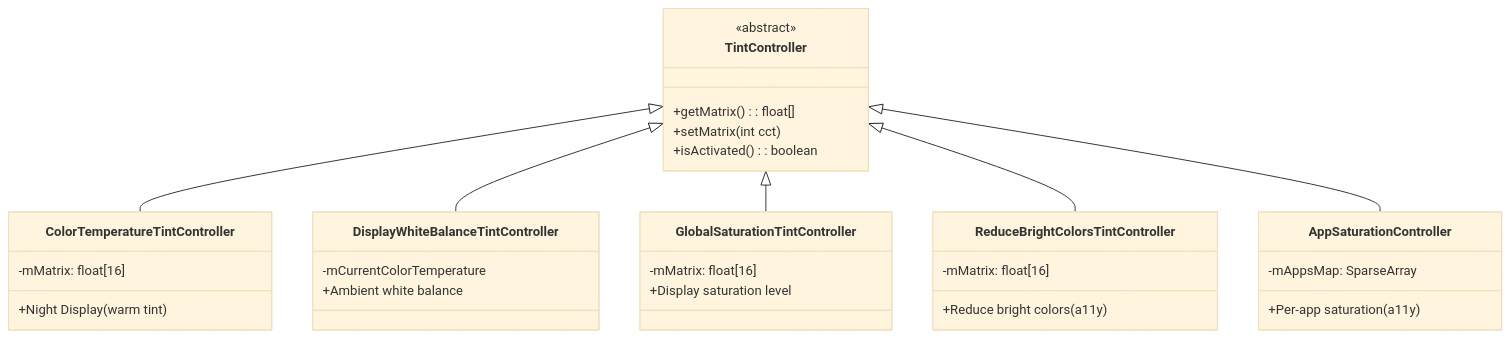
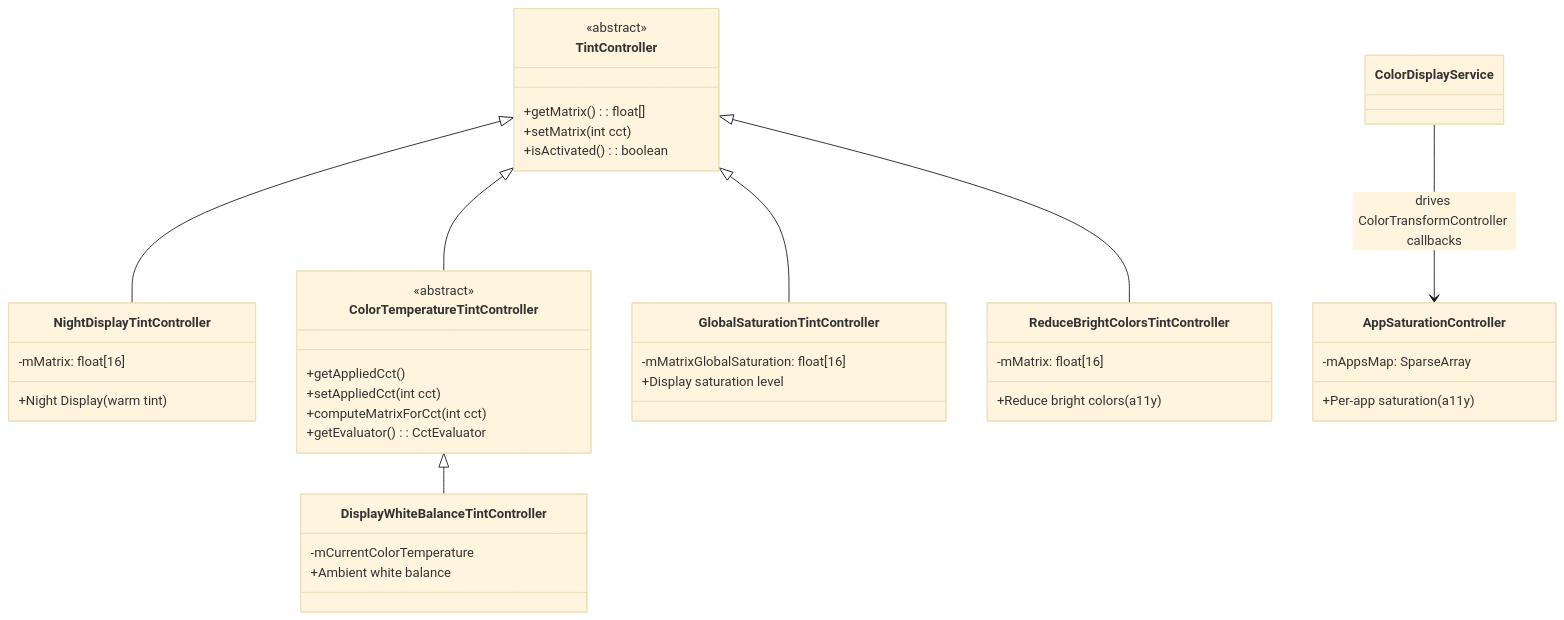
Diagram 33 of 43 in agents/claude/skills/aosp-framework-core/24-display-system.md (aospbooks/aosp-internal-book), drawn with Mermaid (base theme) before and after one commit. The commit also changed other lines of this file and 218 other files, not shown here.

````diff
--- a/agents/claude/skills/aosp-framework-core/24-display-system.md
+++ b/agents/claude/skills/aosp-framework-core/24-display-system.md
@@ -2528,40 +2571,49 @@
 ```mermaid
 classDiagram
     class TintController {
         <<abstract>>
         +getMatrix(): float[]
         +setMatrix(int cct)
         +isActivated(): boolean
     }
 
-    class ColorTemperatureTintController {
+    class NightDisplayTintController {
         -mMatrix: float[16]
         +Night Display (warm tint)
+    }
+
+    class ColorTemperatureTintController {
+        <<abstract>>
+        +getAppliedCct()
+        +setAppliedCct(int cct)
+        +computeMatrixForCct(int cct)
+        +getEvaluator(): CctEvaluator
     }
 
     class DisplayWhiteBalanceTintController {
         -mCurrentColorTemperature
         +Ambient white balance
     }
 
     class GlobalSaturationTintController {
-        -mMatrix: float[16]
+        -mMatrixGlobalSaturation: float[16]
         +Display saturation level
     }
 
     class ReduceBrightColorsTintController {
         -mMatrix: float[16]
         +Reduce bright colors (a11y)
     }
 
     class AppSaturationController {
         -mAppsMap: SparseArray
         +Per-app saturation (a11y)
     }
 
+    TintController <|-- NightDisplayTintController
     TintController <|-- ColorTemperatureTintController
-    TintController <|-- DisplayWhiteBalanceTintController
+    ColorTemperatureTintController <|-- DisplayWhiteBalanceTintController
     TintController <|-- GlobalSaturationTintController
     TintController <|-- ReduceBrightColorsTintController
-    TintController <|-- AppSaturationController
+    ColorDisplayService --> AppSaturationController : drives ColorTransformController callbacks
 ```
````
